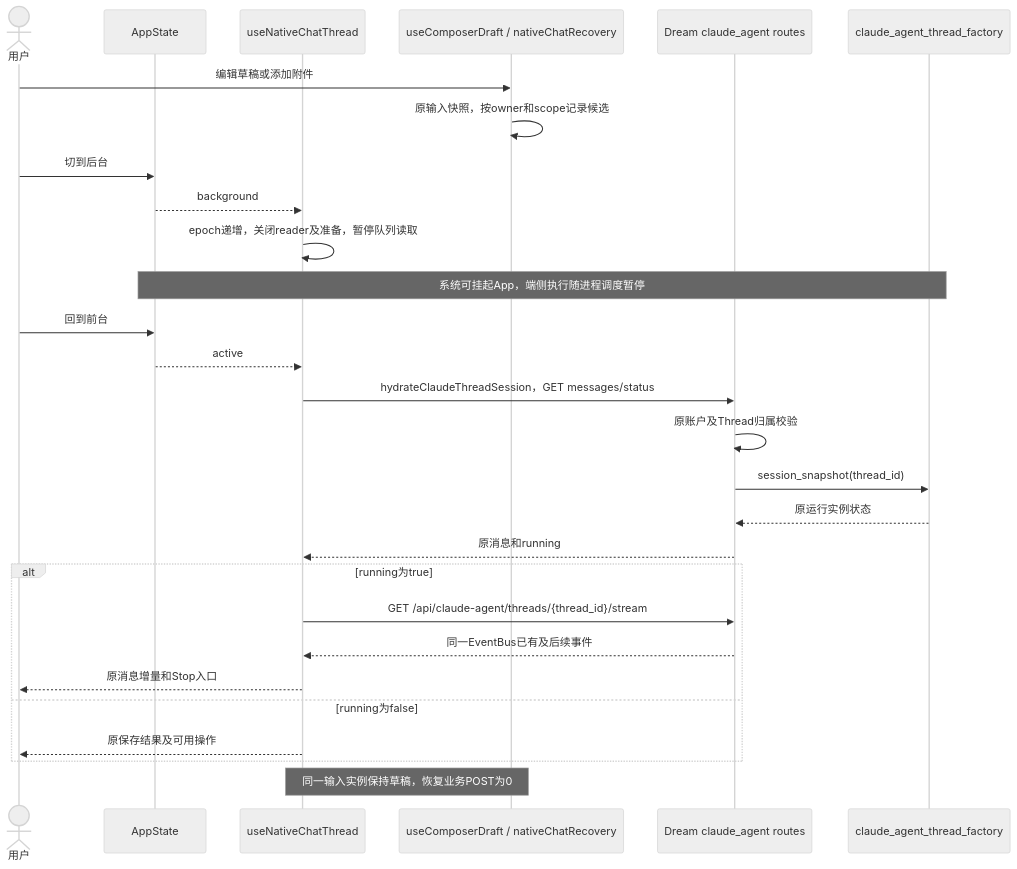
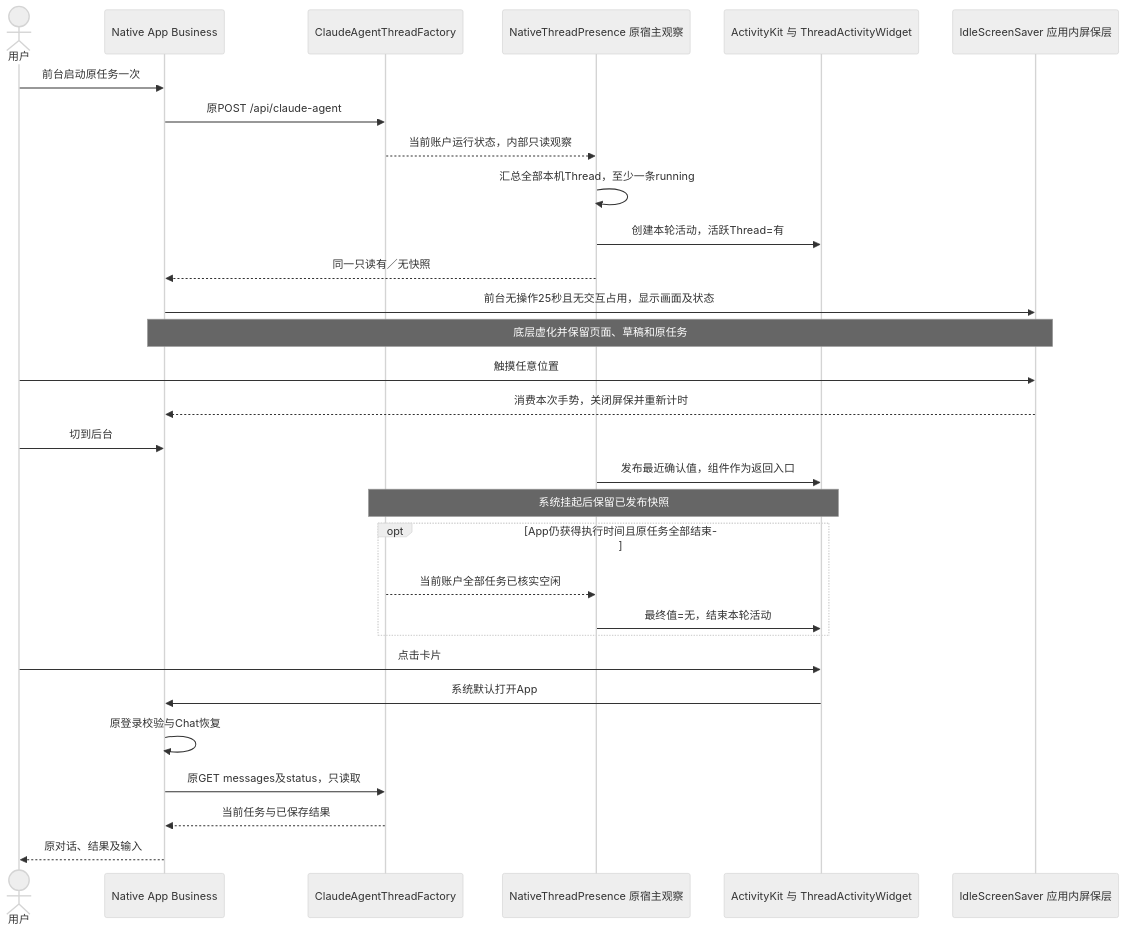
The fourth of 7 diagrams in docs/design/multi-platform/mobile-recovery-interaction.md (glide-the/im-dream), drawn with Mermaid (neutral theme) before and after one commit. The commit also changed other lines of this file and 308 other files, not shown here.

````diff
--- a/docs/design/multi-platform/mobile-recovery-interaction.md
+++ b/docs/design/multi-platform/mobile-recovery-interaction.md
@@ -216,30 +217,32 @@
 ```mermaid
 sequenceDiagram
     actor U as 用户
-    participant A as AppState
-    participant C as useNativeChatThread
-    participant D as useComposerDraft / nativeChatRecovery
-    participant H as Dream claude_agent routes
-    participant F as claude_agent_thread_factory
-    U->>D: 编辑草稿或添加附件
-    D->>D: 原输入快照，按owner和scope记录候选
-    U->>A: 切到后台
-    A-->>C: background
-    C->>C: epoch递增，关闭reader及准备，暂停队列读取
-    Note over A,F: 系统可挂起App，端侧执行随进程调度暂停
-    U->>A: 回到前台
-    A-->>C: active
-    C->>H: hydrateClaudeThreadSession，GET messages/status
-    H->>H: 原账户及Thread归属校验
-    H->>F: session_snapshot(thread_id)
-    F-->>H: 原运行实例状态
-    H-->>C: 原消息和running
-    alt running为true
-        C->>H: GET /api/claude-agent/threads/{thread_id}/stream
-        H-->>C: 同一EventBus已有及后续事件
-        C-->>U: 原消息增量和Stop入口
-    else running为false
-        C-->>U: 原保存结果及可用操作
+    participant UI as Native App Business
+    participant F as ClaudeAgentThreadFactory
+    participant H as NativeThreadPresence 原宿主观察
+    participant A as ActivityKit 与 ThreadActivityWidget
+    participant S as IdleScreenSaver 应用内屏保层
+    U->>UI: 前台启动原任务一次
+    UI->>F: 原POST /api/claude-agent
+    F-->>H: 当前账户运行状态，内部只读观察
+    H->>H: 汇总全部本机Thread，至少一条running
+    H->>A: 创建本轮活动，活跃Thread=有
+    H-->>UI: 同一只读有／无快照
+    UI->>S: 前台无操作25秒且无交互占用，显示画面及状态
+    Note over UI,S: 底层虚化并保留页面、草稿和原任务
+    U->>S: 触摸任意位置
+    S-->>UI: 消费本次手势，关闭屏保并重新计时
+    U->>UI: 切到后台
+    H->>A: 发布最近确认值，组件作为返回入口
+    Note over F,A: 系统挂起后保留已发布快照
+    opt App仍获得执行时间且原任务全部结束
+        F-->>H: 当前账户全部任务已核实空闲
+        H->>A: 最终值=无，结束本轮活动
     end
-    Note over C,D: 同一输入实例保持草稿，恢复业务POST为0
+    U->>A: 点击卡片
+    A->>UI: 系统默认打开App
+    UI->>UI: 原登录校验与Chat恢复
+    UI->>F: 原GET messages及status，只读取
+    F-->>UI: 当前任务与已保存结果
+    UI-->>U: 原对话、结果及输入
 ```
````
